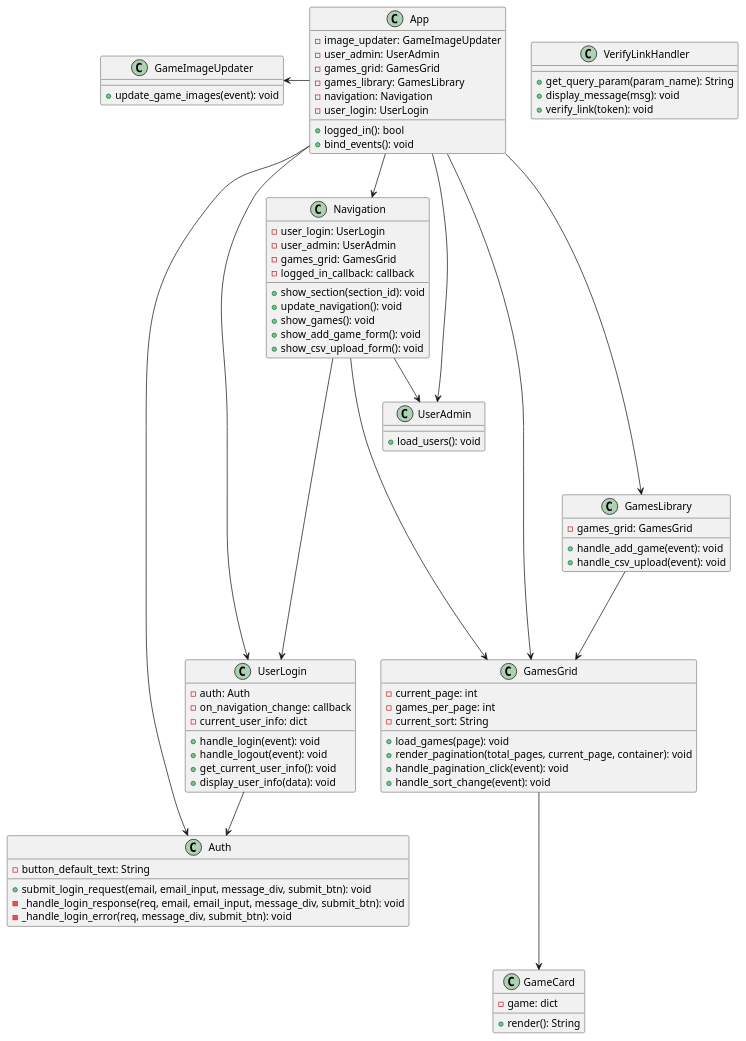
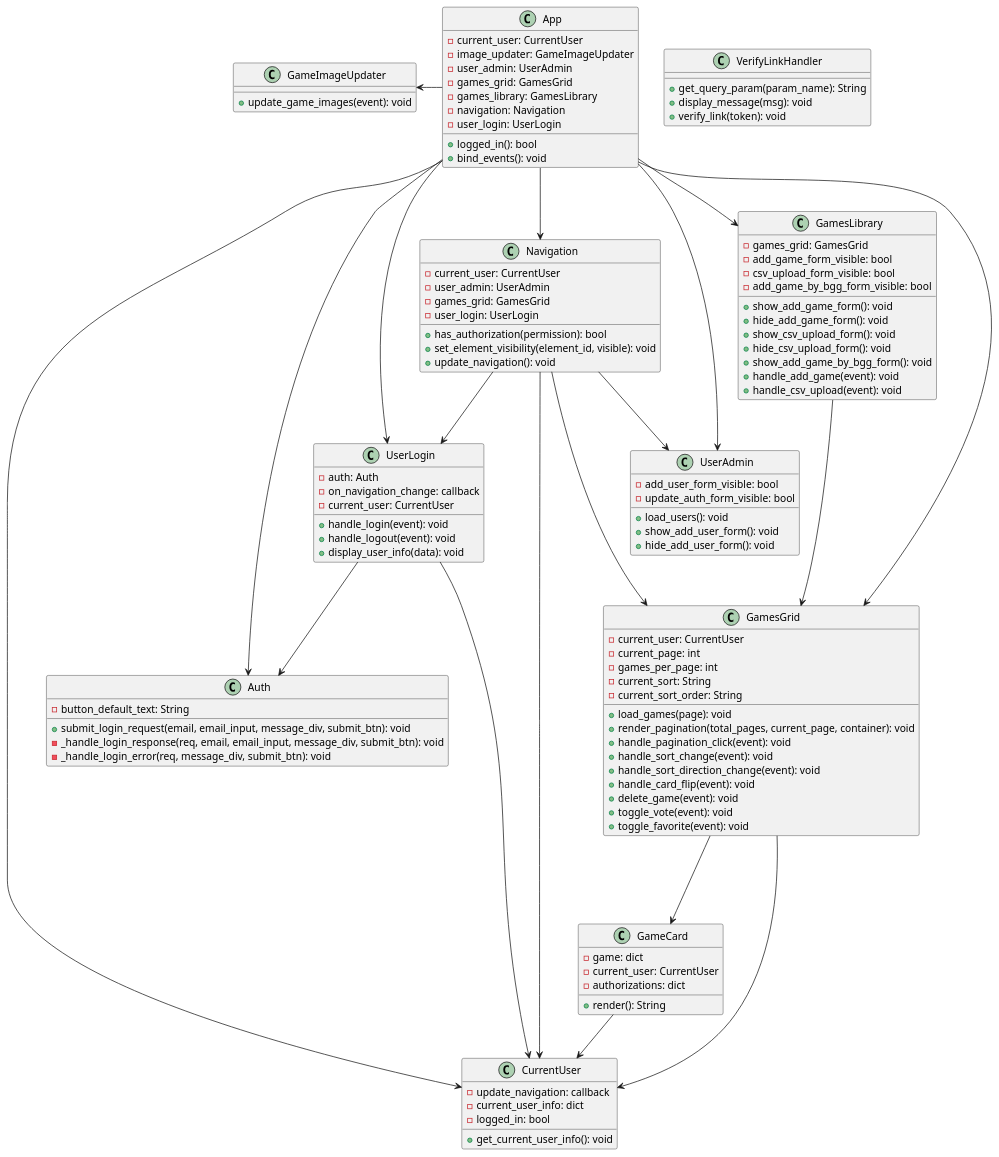
The fourth of 5 diagrams in Game Group Site.md (leshmark/gamegroup), drawn with PlantUML before and after one commit. The commit also changed other lines of this file and 1 other file, not shown here.

````diff
--- a/Game Group Site.md
+++ b/Game Group Site.md
@@ -159,6 +230,7 @@
 ```plantuml
 @startuml
 class App {
+    - current_user: CurrentUser
     - image_updater: GameImageUpdater
     - user_admin: UserAdmin
     - games_grid: GamesGrid
@@ -176,51 +248,76 @@
     - _handle_login_error(req, message_div, submit_btn): void
 }
 
+class CurrentUser {
+    - update_navigation: callback
+    - current_user_info: dict
+    - logged_in: bool
+    + get_current_user_info(): void
+}
+
 class UserLogin {
     - auth: Auth
     - on_navigation_change: callback
-    - current_user_info: dict
+    - current_user: CurrentUser
     + handle_login(event): void
     + handle_logout(event): void
-    + get_current_user_info(): void
     + display_user_info(data): void
 }
 
 class Navigation {
-    - user_login: UserLogin
+    - current_user: CurrentUser
     - user_admin: UserAdmin
     - games_grid: GamesGrid
-    - logged_in_callback: callback
-    + show_section(section_id): void
+    - user_login: UserLogin
+    + has_authorization(permission): bool
+    + set_element_visibility(element_id, visible): void
     + update_navigation(): void
-    + show_games(): void
-    + show_add_game_form(): void
-    + show_csv_upload_form(): void
 }
 
 class GamesLibrary {
     - games_grid: GamesGrid
+    - add_game_form_visible: bool
+    - csv_upload_form_visible: bool
+    - add_game_by_bgg_form_visible: bool
+    + show_add_game_form(): void
+    + hide_add_game_form(): void
+    + show_csv_upload_form(): void
+    + hide_csv_upload_form(): void
+    + show_add_game_by_bgg_form(): void
     + handle_add_game(event): void
     + handle_csv_upload(event): void
 }
 
 class GamesGrid {
+    - current_user: CurrentUser
     - current_page: int
     - games_per_page: int
     - current_sort: String
+    - current_sort_order: String
     + load_games(page): void
     + render_pagination(total_pages, current_page, container): void
     + handle_pagination_click(event): void
     + handle_sort_change(event): void
+    + handle_sort_direction_change(event): void
+    + handle_card_flip(event): void
+    + delete_game(event): void
+    + toggle_vote(event): void
+    + toggle_favorite(event): void
 }
 
 class GameCard {
     - game: dict
+    - current_user: CurrentUser
+    - authorizations: dict
     + render(): String
 }
 
 class UserAdmin {
+    - add_user_form_visible: bool
+    - update_auth_form_visible: bool
     + load_users(): void
+    + show_add_user_form(): void
+    + hide_add_user_form(): void
 }
 
 class GameImageUpdater {
@@ -233,6 +330,7 @@
     + verify_link(token): void
 }
 
+App --> CurrentUser
 App ----> Auth
 App -> UserLogin
 App --> Navigation
@@ -241,10 +339,14 @@
 App -> UserAdmin
 App -l--> GameImageUpdater
 UserLogin --> Auth
-Navigation -----> UserLogin
+UserLogin --> CurrentUser
+Navigation --> CurrentUser
+Navigation --> UserLogin
 Navigation --> UserAdmin
-Navigation -----> GamesGrid
+Navigation --> GamesGrid
 GamesLibrary ---> GamesGrid
+GamesGrid --> CurrentUser
 GamesGrid ---> GameCard
+GameCard --> CurrentUser
 @enduml
 ```
````
